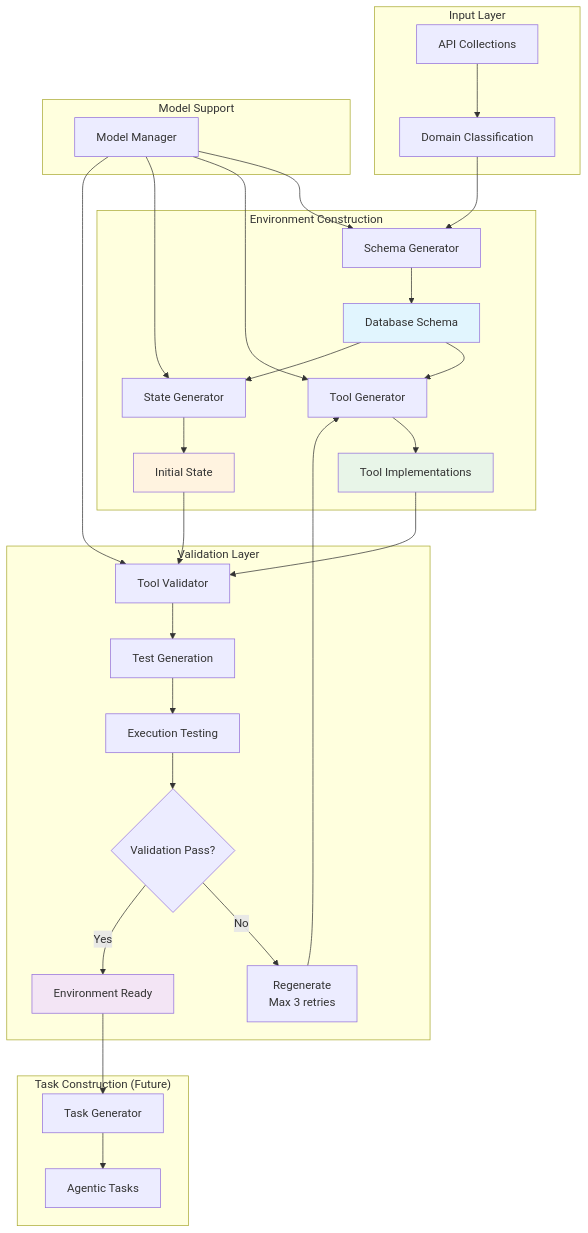
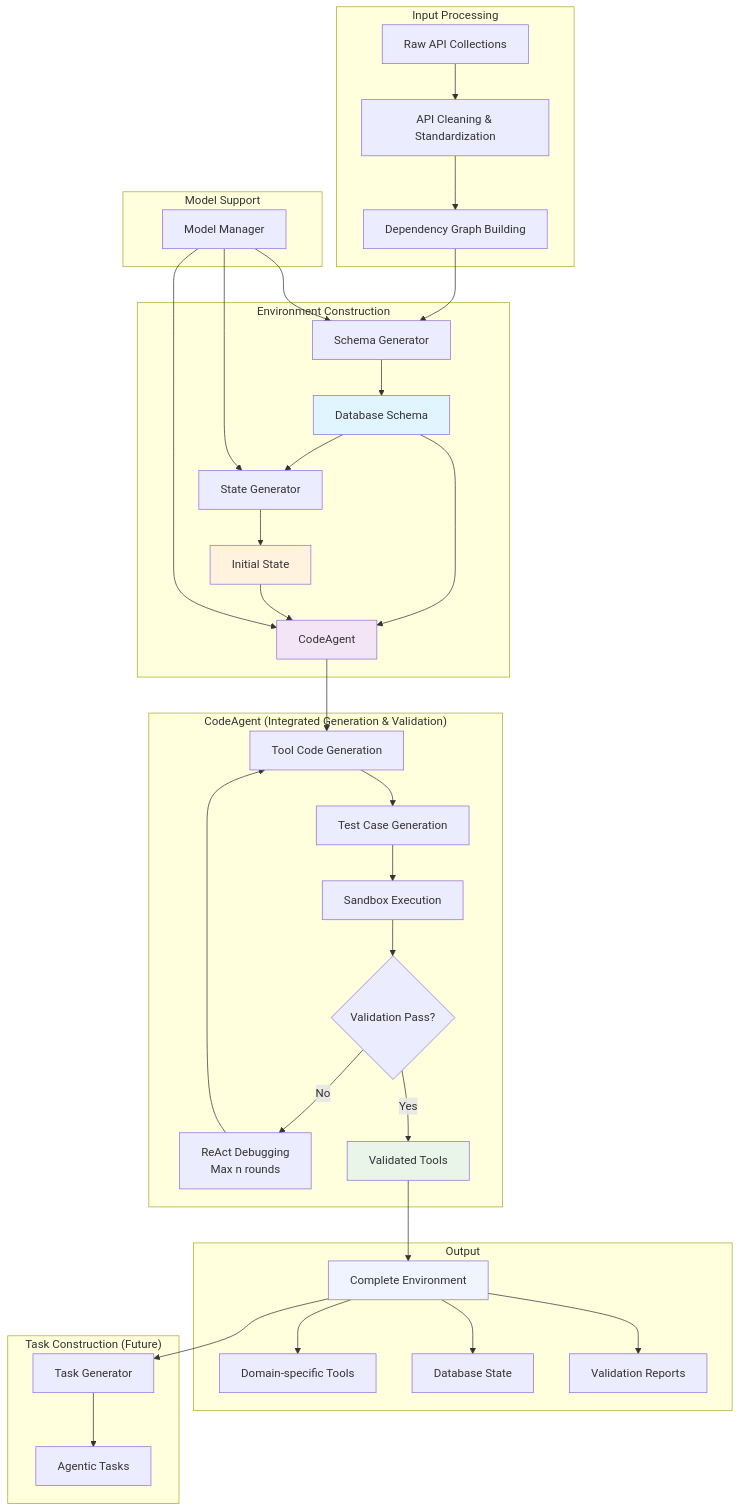
One commit to zuoyifan132/worldInteract changed the diagram in README.md. Above: the diagram before and after it, drawn with Mermaid. The commit also changed other lines of this file and 31 other files, not shown here.

````diff
--- a/README.md
+++ b/README.md
@@ -11,43 +11,50 @@
 ```mermaid
 graph TB
-    subgraph "Input Layer"
-        A[API Collections] --> B[Domain Classification]
+    subgraph "Input Processing"
+        A[Raw API Collections] --> B[API Cleaning & Standardization]
+        B --> C[Dependency Graph Building]
     end
     
     subgraph "Environment Construction"
-        B --> C[Schema Generator]
-        C --> D[Database Schema]
-        D --> E[Tool Generator] 
-        E --> F[Tool Implementations]
-        D --> G[State Generator]
-        G --> H[Initial State]
+        C --> D[Schema Generator]
+        D --> E[Database Schema]
+        E --> F[State Generator]
+        F --> G[Initial State]
+        E --> H[CodeAgent]
+        G --> H
     end
     
-    subgraph "Validation Layer"
-        F --> I[Tool Validator]
-        H --> I
-        I --> J[Test Generation]
-        J --> K[Execution Testing]
+    subgraph "CodeAgent (Integrated Generation & Validation)"
+        H --> I[Tool Code Generation]
+        I --> J[Test Case Generation]
+        J --> K[Sandbox Execution]
         K --> L{Validation Pass?}
-        L -->|No| M[Regenerate<br/>Max 3 retries]
-        M --> E
-        L -->|Yes| N[Environment Ready]
+        L -->|No| M[ReAct Debugging<br/>Max n rounds]
+        M --> I
+        L -->|Yes| N[Validated Tools]
+    end
+    
+    subgraph "Output"
+        N --> O[Complete Environment]
+        O --> P[Domain-specific Tools]
+        O --> Q[Database State]
+        O --> R[Validation Reports]
     end
     
     subgraph "Task Construction (Future)"
-        N --> O[Task Generator]
-        O --> P[Agentic Tasks]
+        O --> S[Task Generator]
+        S --> T[Agentic Tasks]
     end
     
     subgraph "Model Support"
-        Q[Model Manager] --> C
-        Q --> E
-        Q --> G
-        Q --> I
+        U[Model Manager] --> D
+        U --> F
+        U --> H
     end
     
-    style D fill:#e1f5fe
-    style F fill:#e8f5e8
-    style H fill:#fff3e0
-    style N fill:#f3e5f5
+    style E fill:#e1f5fe
+    style G fill:#fff3e0
+    style H fill:#f3e5f5
+    style N fill:#e8f5e8
+    style O fill:#f0f4ff
 ```
````
